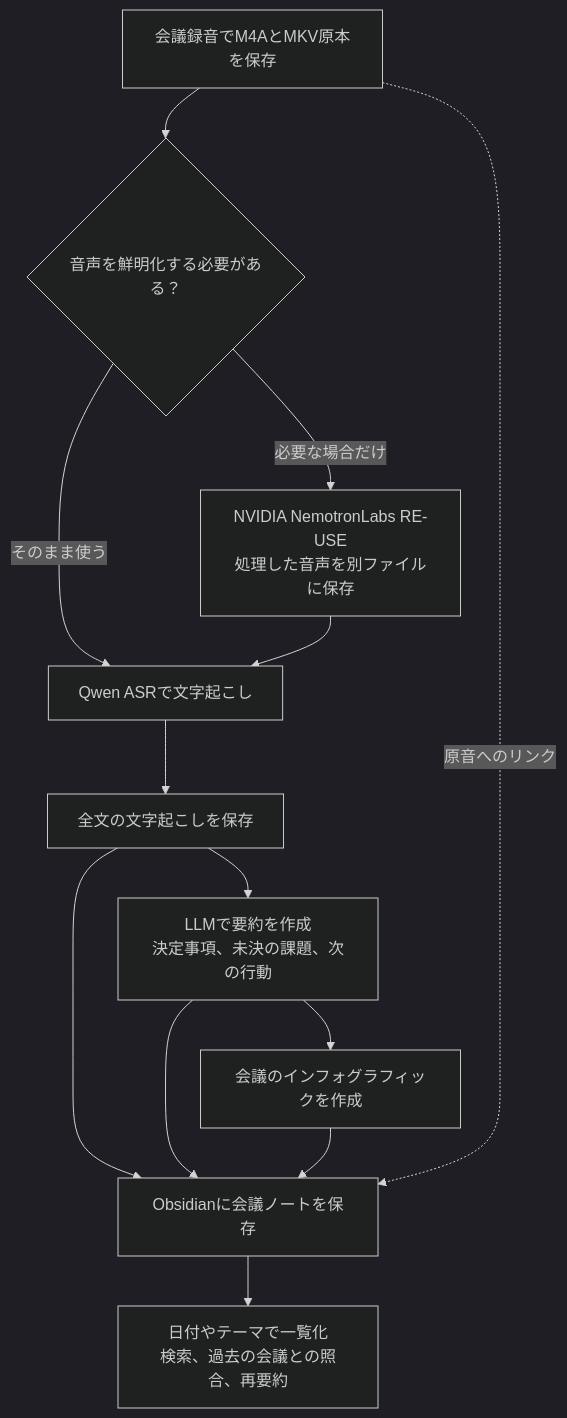
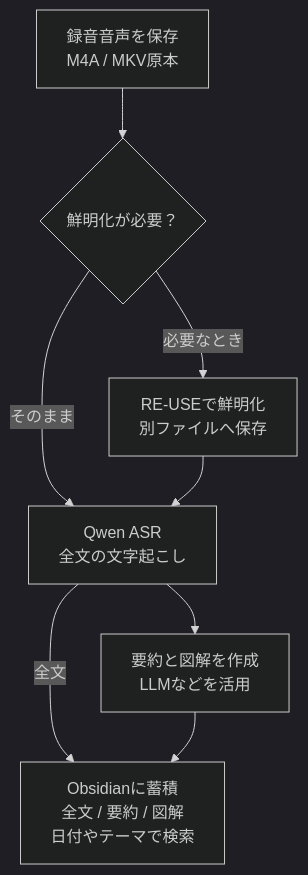
One commit to K-YUTAA/homebrew-tap changed the first of 2 diagrams in README.md. Above: the diagram before and after it, drawn with Mermaid (dark theme). The commit also changed other lines of this file, not shown here.

Commit message:
Keep flowchart labels concise for the GitHub renderer

````diff
--- a/README.md
+++ b/README.md
@@ -67,15 +67,10 @@
 ```mermaid
 flowchart TD
-    A["会議録音でM4AとMKV原本を保存"] --> B{"音声を鮮明化する必要がある？"}
-    B -->|そのまま使う| D["Qwen ASRで文字起こし"]
-    B -->|必要な場合だけ| C["NVIDIA NemotronLabs RE-USE<br/>処理した音声を別ファイルに保存"]
+    A["録音音声を保存<br/>M4A / MKV原本"] --> B{"鮮明化が必要？"}
+    B -->|そのまま| D["Qwen ASR<br/>全文の文字起こし"]
+    B -->|必要なとき| C["RE-USEで鮮明化<br/>別ファイルへ保存"]
     C --> D
-    D --> E["全文の文字起こしを保存"]
-    E --> F["LLMで要約を作成<br/>決定事項、未決の課題、次の行動"]
-    F --> G["会議のインフォグラフィックを作成"]
-    E --> H["Obsidianに会議ノートを保存"]
-    F --> H
-    G --> H
-    A -.->|原音へのリンク| H
-    H --> I["日付やテーマで一覧化<br/>検索、過去の会議との照合、再要約"]
+    D --> E["要約と図解を作成<br/>LLMなどを活用"]
+    D -->|全文| F["Obsidianに蓄積<br/>全文 / 要約 / 図解<br/>日付やテーマで検索"]
+    E --> F
 ```
````
